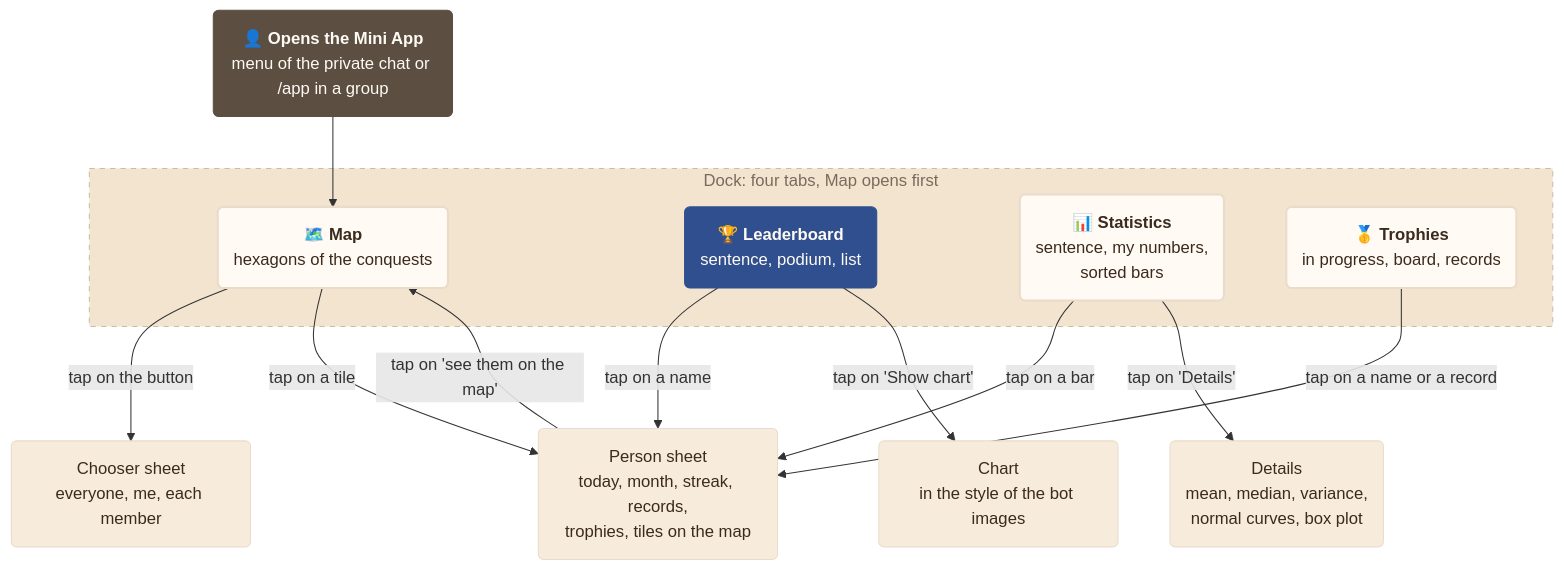
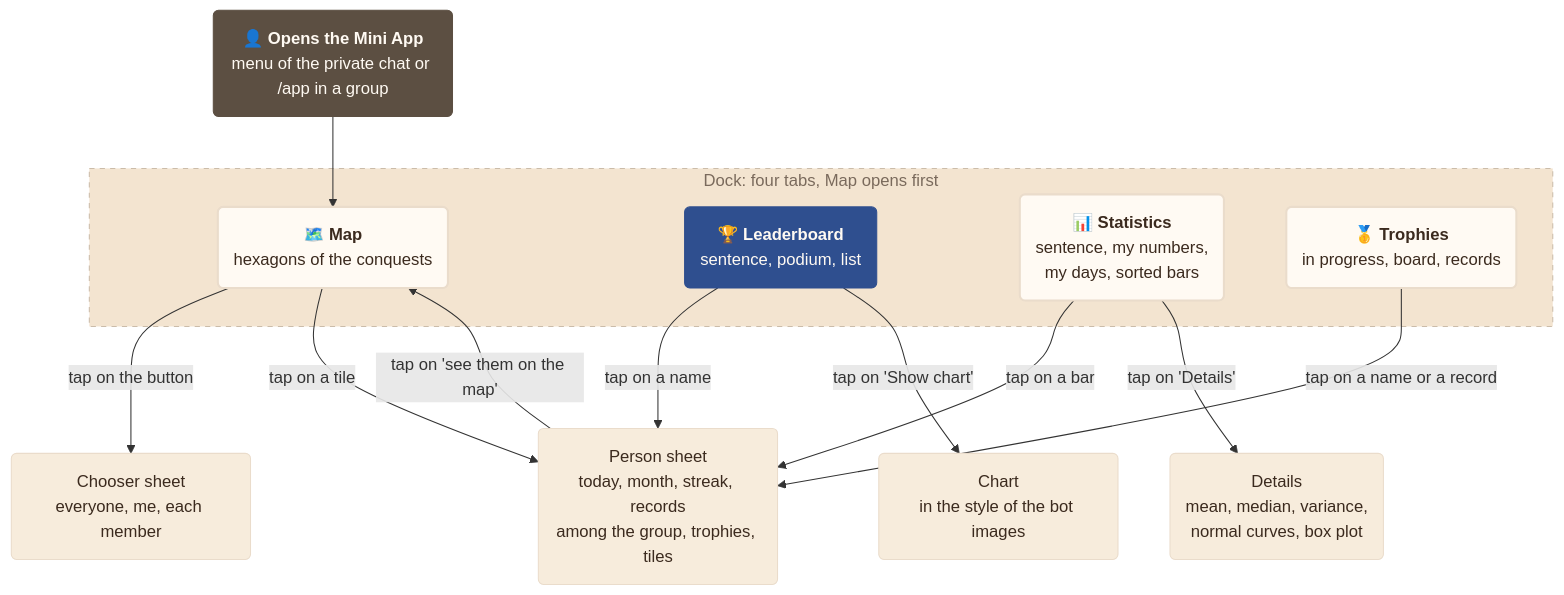
One commit to francescoperrino/Caccometro changed the first of 3 diagrams in docs/research/mini_app_design.md. Above: the diagram before and after it, drawn with Mermaid. The commit also changed other lines of this file and 4 other files, not shown here.

First line of the commit message:
Compare records with the group, show streaks, a calendar and the version in the Mini App (#190)

````diff
--- a/docs/research/mini_app_design.md
+++ b/docs/research/mini_app_design.md
@@ -31,35 +33,35 @@
 ```mermaid
 flowchart TD
     open("👤 <b>Opens the Mini App</b><br/>menu of the private chat or /app in a group")
     subgraph tabs["Dock: four tabs, Map opens first"]
         map("🗺️ <b>Map</b><br/>hexagons of the conquests")
         rank("🏆 <b>Leaderboard</b><br/>sentence, podium, list")
-        stats("📊 <b>Statistics</b><br/>sentence, my numbers,<br/>sorted bars")
+        stats("📊 <b>Statistics</b><br/>sentence, my numbers,<br/>my days, sorted bars")
         trophies("🥇 <b>Trophies</b><br/>in progress, board, records")
     end
     chooser("Chooser sheet<br/>everyone, me, each member")
-    person("Person sheet<br/>today, month, streak, records,<br/>trophies, tiles on the map")
+    person("Person sheet<br/>today, month, streak, records<br/>among the group, trophies, tiles")
     chart("Chart<br/>in the style of the bot images")
     details("Details<br/>mean, median, variance,<br/>normal curves, box plot")
     open --> map
     map -->|"tap on the button"| chooser
     map -->|"tap on a tile"| person
     rank -->|"tap on a name"| person
     rank -->|"tap on 'Show chart'"| chart
     stats -->|"tap on a bar"| person
     stats -->|"tap on 'Details'"| details
     trophies -->|"tap on a name or a record"| person
     person -->|"tap on 'see them on the map'"| map
     classDef step fill:#fffaf3,stroke:#eadccb,stroke-width:2px,color:#3b2a1e
     classDef main fill:#2f4f8f,stroke:#2f4f8f,color:#fffaf3
     classDef person fill:#5c4f42,stroke:#5c4f42,color:#fffaf3
     classDef check fill:#f7ecdc,stroke:#e0902b,stroke-width:2px,color:#3b2a1e
     classDef detail fill:#f7ecdc,stroke:#eadccb,color:#3b2a1e
     classDef alert fill:#e0902b,stroke:#e0902b,color:#fffaf3
     classDef stop fill:#f3e4d0,stroke:#cbbca9,stroke-dasharray:4 3,color:#7a6a5c
     class open person
     class map,stats,trophies step
     class rank main
     class chooser,person,chart,details detail
     style tabs fill:#f3e4d0,stroke:#cbbca9,stroke-dasharray:5 5,color:#7a6a5c
 ```
````
